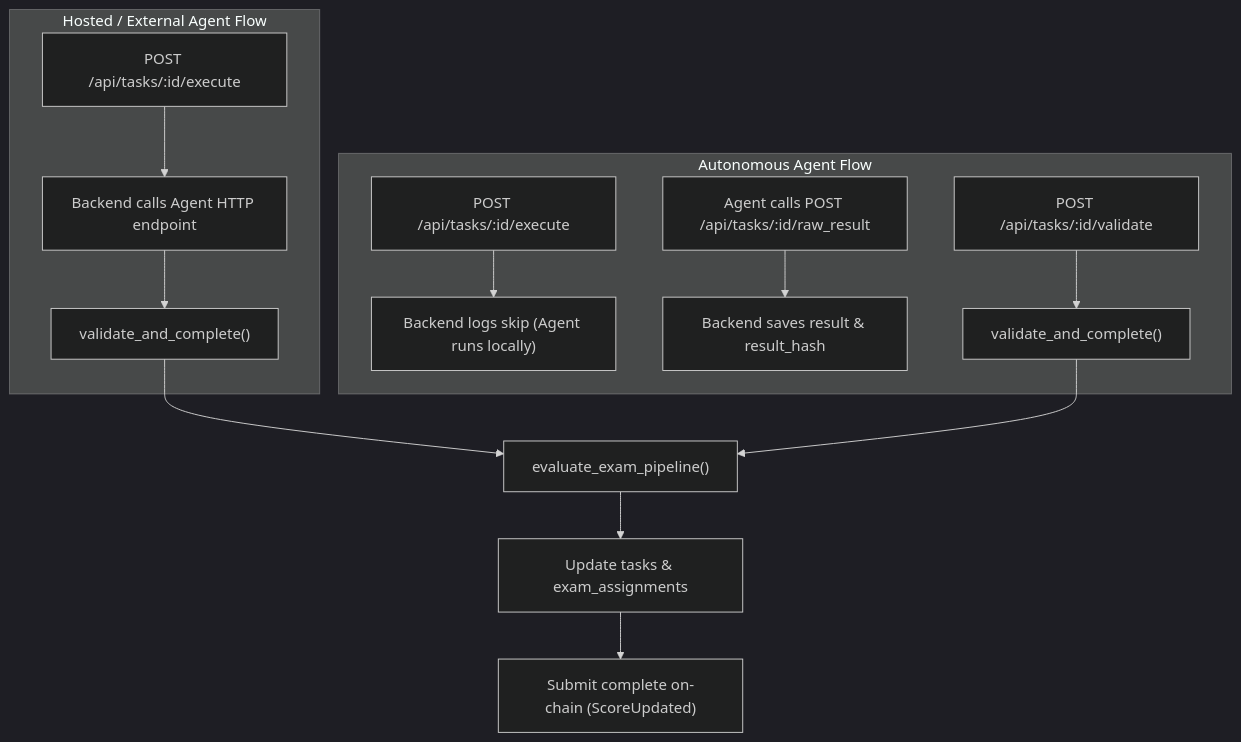
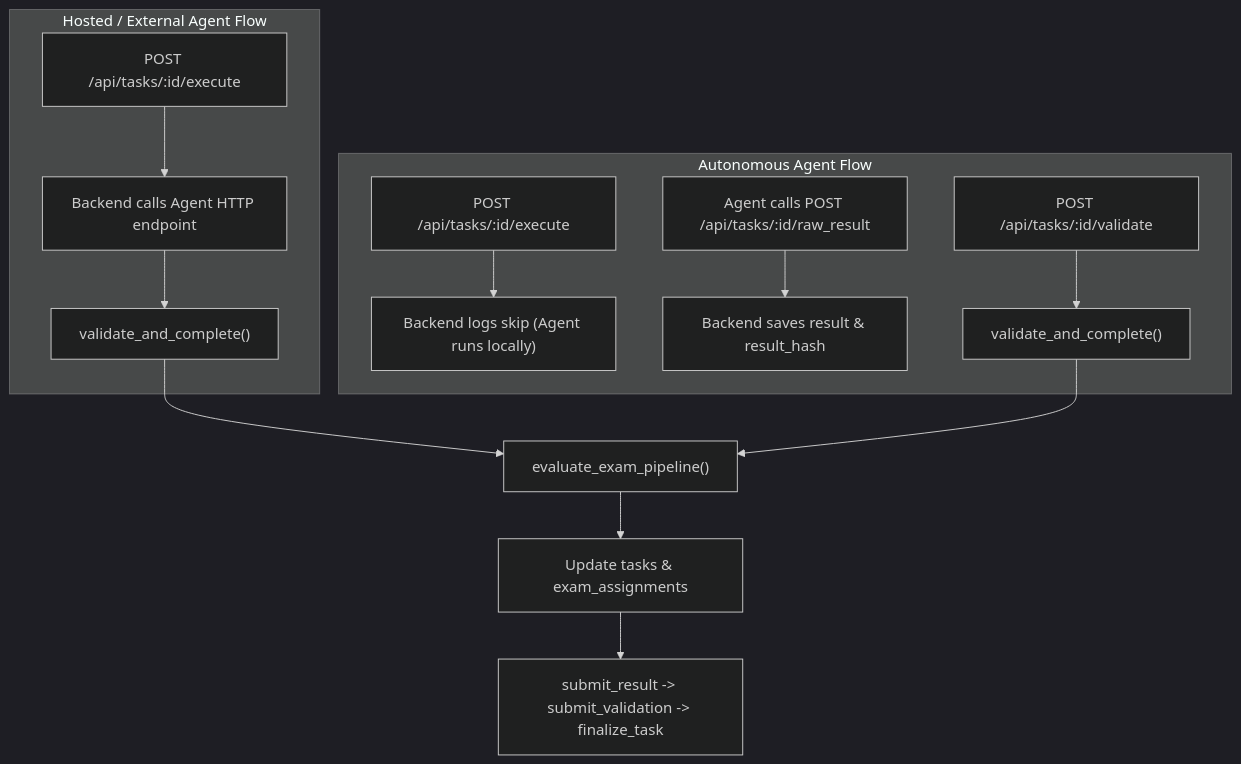
Before and after one commit to 0himera/casper-agent-network: the diagram in backend/validator/exam_validator_team_guide.md, drawn with Mermaid (dark theme). The commit also changed other lines of this file and 25 other files, not shown here.

````diff
--- a/backend/validator/exam_validator_team_guide.md
+++ b/backend/validator/exam_validator_team_guide.md
@@ -43,19 +153,19 @@
 ```mermaid
 flowchart TD
   subgraph Hosted ["Hosted / External Agent Flow"]
     h_exec["POST /api/tasks/:id/execute"] --> h_run["Backend calls Agent HTTP endpoint"]
     h_run --> h_val["validate_and_complete()"]
   end
 
   subgraph Autonomous ["Autonomous Agent Flow"]
     a_exec["POST /api/tasks/:id/execute"] --> a_skip["Backend logs skip (Agent runs locally)"]
     a_raw["Agent calls POST /api/tasks/:id/raw_result"] --> a_save["Backend saves result & result_hash"]
     a_val_trigger["POST /api/tasks/:id/validate"] --> a_val["validate_and_complete()"]
   end
 
   h_val --> eval["evaluate_exam_pipeline()"]
   a_val --> eval
 
   eval --> db_up["Update tasks & exam_assignments"]
-  db_up --> chain_sub["Submit complete on-chain (ScoreUpdated)"]
+  db_up --> chain_sub["submit_result -> submit_validation -> finalize_task"]
 ```
````
